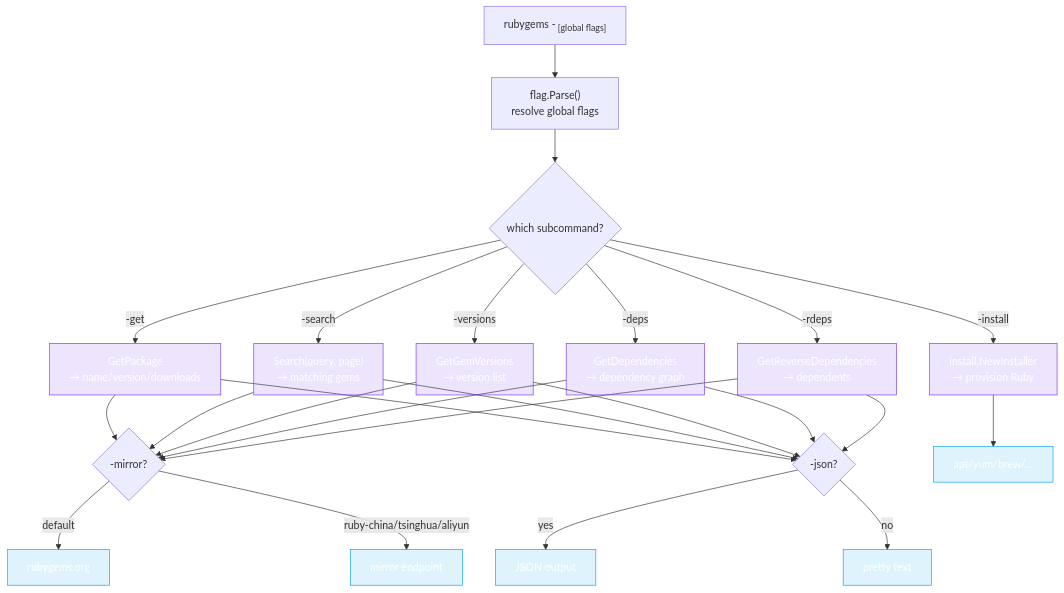
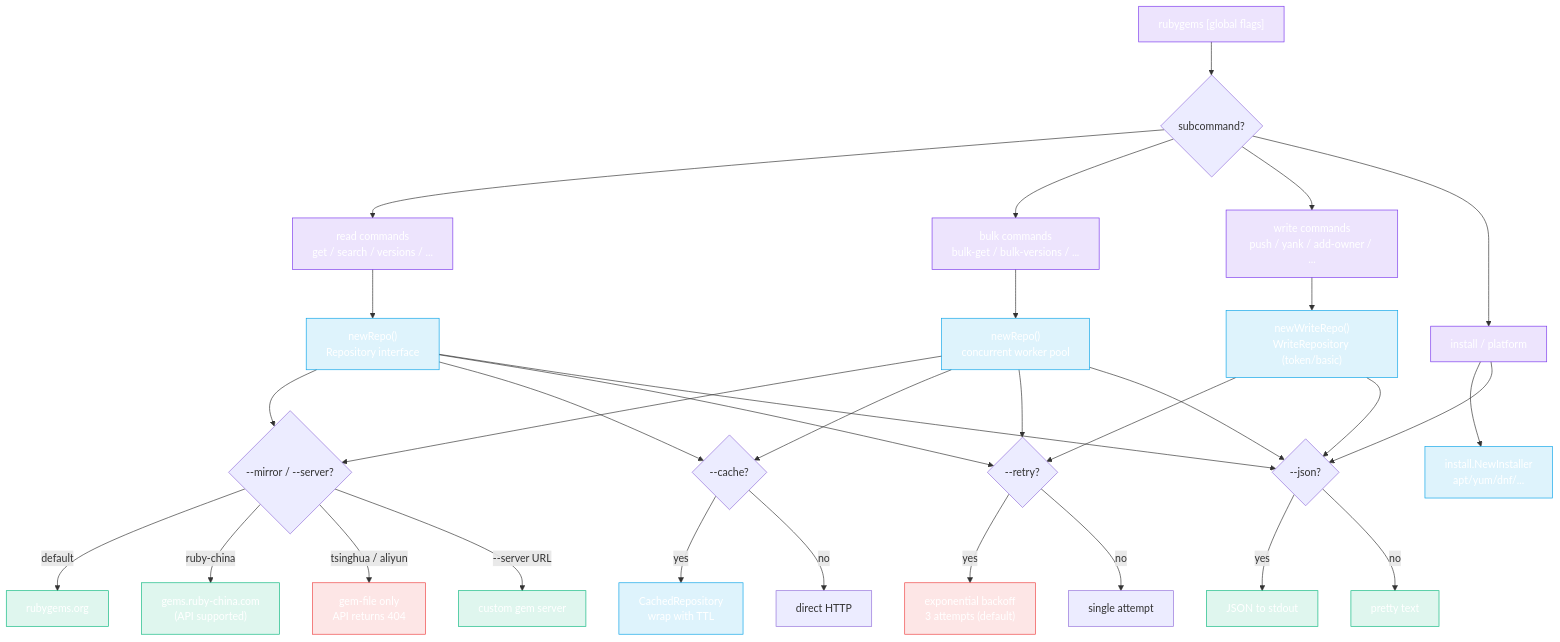
One commit to scagogogo/rubygems-skills changed the first of 2 diagrams in website/docs/cli/commands.md. Above: the diagram before and after it, drawn with Mermaid. The commit also changed other lines of this file and 17 other files, not shown here.

````diff
--- a/website/docs/cli/commands.md
+++ b/website/docs/cli/commands.md
@@ -5,23 +5,40 @@
 ```mermaid
 flowchart TD
-    Cmd["rubygems -<sub> [global flags]"] --> Parse["flag.Parse()\nresolve global flags"]
-    Parse --> Which{"which subcommand?"}
-    Which -->|"-get"| Get["GetPackage\n→ name/version/downloads"]
-    Which -->|"-search"| Search["Search(query, page)\n→ matching gems"]
-    Which -->|"-versions"| Ver["GetGemVersions\n→ version list"]
-    Which -->|"-deps"| Dep["GetDependencies\n→ dependency graph"]
-    Which -->|"-rdeps"| RDep["GetReverseDependencies\n→ dependents"]
-    Which -->|"-install"| Inst["install.NewInstaller\n→ provision Ruby"]
-    Get & Search & Ver & Dep & RDep --> Mirror{"-mirror?"}
+    Root["rubygems [global flags]"] --> Sub{"subcommand?"}
+    Sub --> Read["read commands<br/>get / search / versions / ..."]
+    Sub --> Bulk["bulk commands<br/>bulk-get / bulk-versions / ..."]
+    Sub --> Write["write commands<br/>push / yank / add-owner / ..."]
+    Sub --> Inst["install / platform"]
+
+    Read --> Repo["newRepo()<br/>Repository interface"]
+    Bulk --> RepoB["newRepo()<br/>concurrent worker pool"]
+    Write --> WriteRepo["newWriteRepo()<br/>WriteRepository (token/basic)"]
+    Inst --> Installer["install.NewInstaller<br/>apt/yum/dnf/..."]
+
+    Repo & RepoB --> Mirror{"--mirror / --server?"}
     Mirror -->|"default"| RG["rubygems.org"]
-    Mirror -->|"ruby-china/tsinghua/aliyun"| MR["mirror endpoint"]
-    Get & Search & Ver & Dep & RDep --> Out{"-json?"}
-    Out -->|yes| JSON["JSON output"]
-    Out -->|no| Text["pretty text"]
-    Inst --> PM["apt/yum/brew/..."]
+    Mirror -->|"ruby-china"| RC["gems.ruby-china.com<br/>(API supported)"]
+    Mirror -->|"tsinghua / aliyun"| NF["gem-file only<br/>API returns 404"]
+    Mirror -->|"--server URL"| Custom["custom gem server"]
 
-    classDef sub fill:#7c3aed22,stroke:#7c3aed,color:#fff
-    classDef io fill:#0ea5e922,stroke:#0ea5e9,color:#fff
-    class Get,Search,Ver,Dep,RDep,Inst sub
-    class RG,MR,JSON,Text,PM io
+    Repo & RepoB --> Cache{"--cache?"}
+    Cache -->|"yes"| Cached["CachedRepository<br/>wrap with TTL"]
+    Cache -->|"no"| Direct["direct HTTP"]
+
+    Repo & RepoB & WriteRepo --> Retry{"--retry?"}
+    Retry -->|"yes"| RetryExp["exponential backoff<br/>3 attempts (default)"]
+    Retry -->|"no"| OneShot["single attempt"]
+
+    Repo & RepoB & WriteRepo & Inst --> Out{"--json?"}
+    Out -->|"yes"| JSON["JSON to stdout"]
+    Out -->|"no"| Text["pretty text"]
+
+    classDef cmd fill:#7c3aed22,stroke:#7c3aed,color:#fff
+    classDef sdk fill:#0ea5e922,stroke:#0ea5e9,color:#fff
+    classDef io fill:#10b98122,stroke:#10b981,color:#fff
+    classDef warn fill:#ef444422,stroke:#ef4444,color:#fff
+    class Read,Bulk,Write,Inst,Root cmd
+    class Repo,RepoB,WriteRepo,Installer,Cached sdk
+    class RG,RC,Custom,JSON,Text io
+    class NF,RetryExp warn
 ```
````
